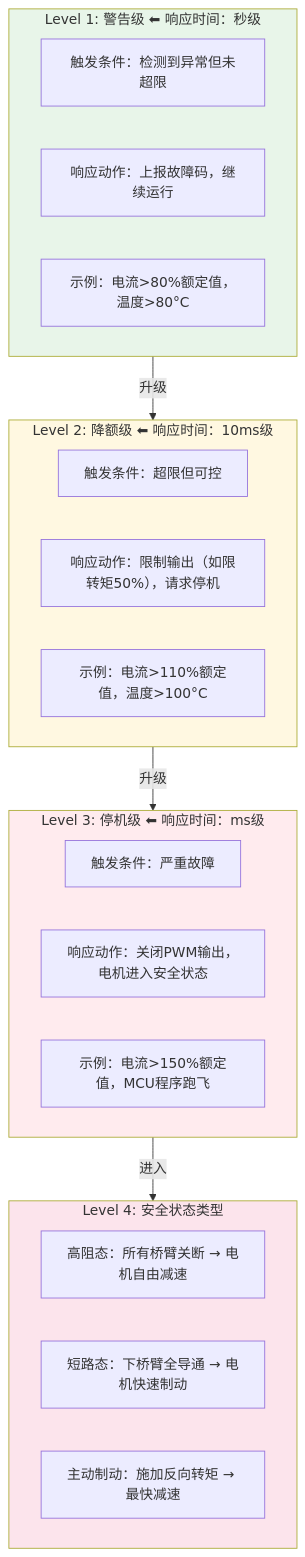
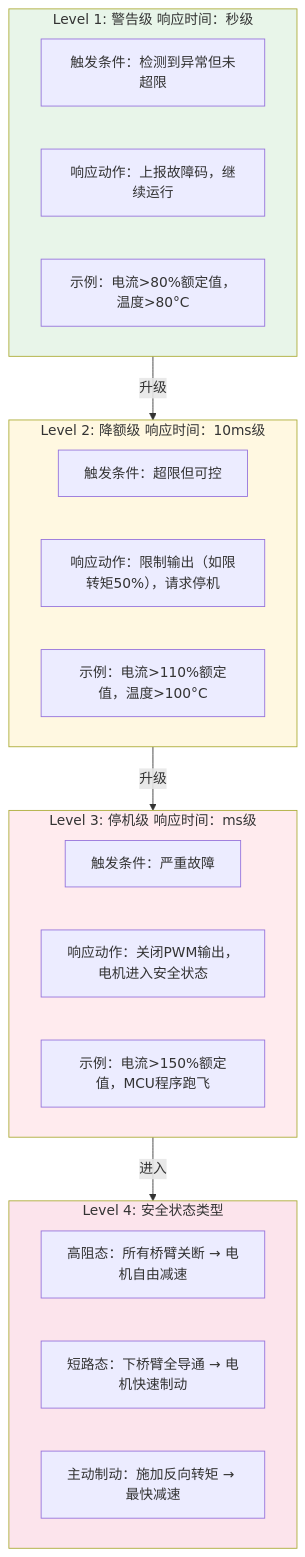
The third of 3 diagrams in content/motor/advanced/system-methodology/SYS-05-Functional-Safety.md (null42/null42.github.io), drawn with Mermaid before and after one commit. The commit also changed 1140 other files, not shown here.

````diff
--- a/content/motor/advanced/system-methodology/SYS-05-Functional-Safety.md
+++ b/content/motor/advanced/system-methodology/SYS-05-Functional-Safety.md
@@ -232,33 +232,33 @@
 ```mermaid
 flowchart TD
-    subgraph L1 ["Level 1: 警告级 ⬅ 响应时间：秒级"]
+    subgraph L1 ["Level 1: 警告级  响应时间：秒级"]
         L1_1["触发条件：检测到异常但未超限"]
         L1_2["响应动作：上报故障码，继续运行"]
         L1_3["示例：电流>80%额定值，温度>80°C"]
     end
 
-    subgraph L2 ["Level 2: 降额级 ⬅ 响应时间：10ms级"]
+    subgraph L2 ["Level 2: 降额级  响应时间：10ms级"]
         L2_1["触发条件：超限但可控"]
         L2_2["响应动作：限制输出（如限转矩50%），请求停机"]
         L2_3["示例：电流>110%额定值，温度>100°C"]
     end
 
-    subgraph L3 ["Level 3: 停机级 ⬅ 响应时间：ms级"]
+    subgraph L3 ["Level 3: 停机级  响应时间：ms级"]
         L3_1["触发条件：严重故障"]
         L3_2["响应动作：关闭PWM输出，电机进入安全状态"]
         L3_3["示例：电流>150%额定值，MCU程序跑飞"]
     end
 
     subgraph L4 ["Level 4: 安全状态类型"]
         L4_1["高阻态：所有桥臂关断 → 电机自由减速"]
         L4_2["短路态：下桥臂全导通 → 电机快速制动"]
         L4_3["主动制动：施加反向转矩 → 最快减速"]
     end
 
     L1 -->|升级| L2 -->|升级| L3 -->|进入| L4
 
     style L1 fill:#e8f5e9
     style L2 fill:#fff8e1
     style L3 fill:#ffebee
     style L4 fill:#fce4ec
 ```
````
